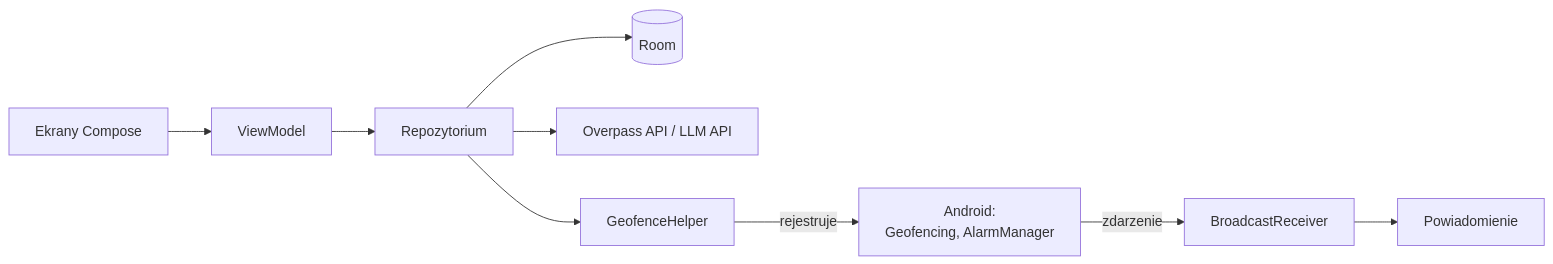
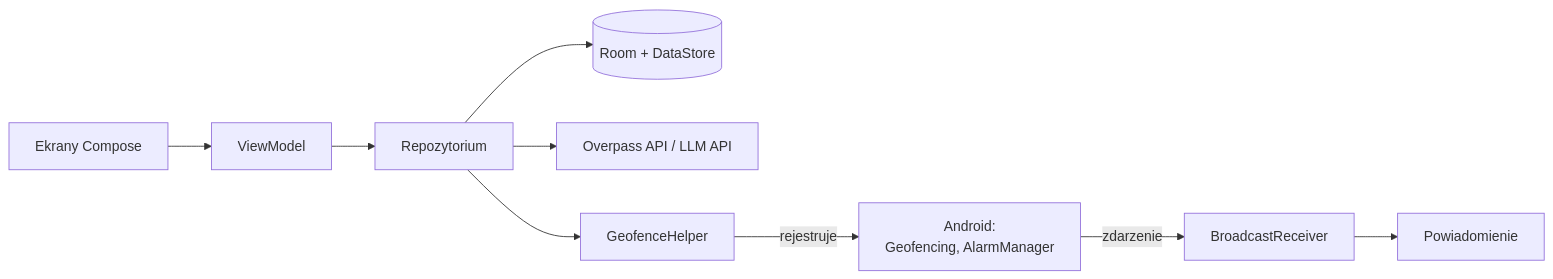
One commit to AdamJaworski/AGH_Aplikacje_mobline changed the diagram in docs/HLD-skrot.md. Above: the diagram before and after it, drawn with Mermaid. The commit also changed other lines of this file, not shown here.

````diff
--- a/docs/HLD-skrot.md
+++ b/docs/HLD-skrot.md
@@ -33,9 +33,9 @@
 ```mermaid
 flowchart LR
     ui["Ekrany Compose"] --> vm["ViewModel"] --> repo["Repozytorium"]
-    repo --> db[("Room")]
+    repo --> db[("Room + DataStore")]
     repo --> api["Overpass API / LLM API"]
     repo --> geo["GeofenceHelper"]
     geo -- "rejestruje" --> os["Android:<br/>Geofencing, AlarmManager"]
     os -- "zdarzenie" --> rcv["BroadcastReceiver"] --> notif["Powiadomienie"]
 ```
````
